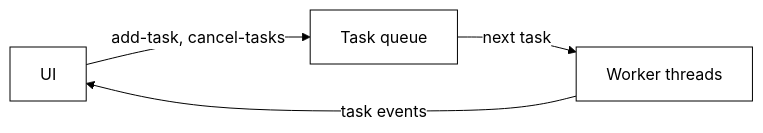
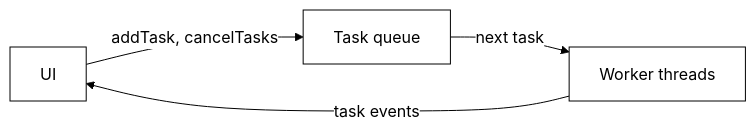
One commit to ashleydavis/ziggy changed the diagram in docs/development/diagrams/task-queue.mmd. Above: the diagram before and after it, drawn with Mermaid. The commit also changed 90 other files, not shown here.

```diff
--- a/docs/development/diagrams/task-queue.mmd
+++ b/docs/development/diagrams/task-queue.mmd
@@ -1,14 +1,14 @@
 %%{init: {"theme": "base", "themeVariables": {"primaryColor": "#ffffff", "primaryTextColor": "#000000", "primaryBorderColor": "#000000", "lineColor": "#000000", "textColor": "#000000", "edgeLabelBackground": "#ffffff"}}}%%
 flowchart LR
 %% How the UI queues tasks and hears back from them. The native app carries every message and event, as in message-bridge.svg,
 %% and is left out. Drawn into task-queue.svg by `bun run diagrams`; see task-queue.md.
 %% Each "label-under" line puts a line of small grey text under a box, which Mermaid itself cannot place:
 %% label-under: Queue = In the core library
 %% label-under: Workers = Run the task handlers
     UI["UI"]
     Queue["Task queue"]
     Workers["Worker threads"]
 
-    UI -->|"add-task, cancel-tasks"| Queue
+    UI -->|"addTask, cancelTasks"| Queue
     Queue -->|"next task"| Workers
     Workers -->|"task events"| UI
```
